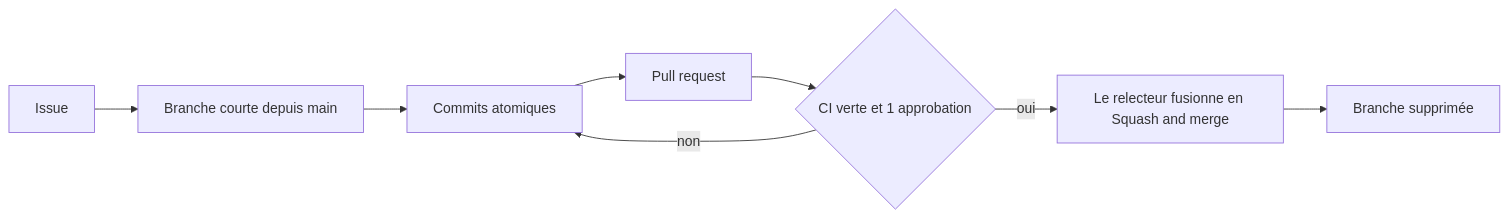
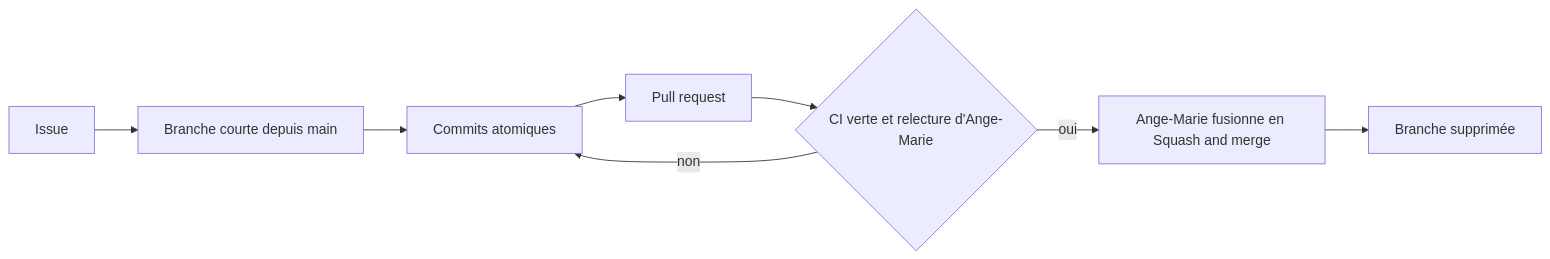
One commit to Charbel-B/BWAI_Hackathon changed the diagram in docs/conventions/git.md. Above: the diagram before and after it, drawn with Mermaid. The commit also changed other lines of this file and 1 other file, not shown here.

````diff
--- a/docs/conventions/git.md
+++ b/docs/conventions/git.md
@@ -7,10 +7,10 @@
 ```mermaid
 flowchart LR
     I[Issue] --> B[Branche courte depuis main]
     B --> C[Commits atomiques]
     C --> P[Pull request]
-    P --> V{CI verte et 1 approbation}
+    P --> V{CI verte et relecture d'Ange-Marie}
     V -- non --> C
-    V -- oui --> S[Le relecteur fusionne en Squash and merge]
+    V -- oui --> S[Ange-Marie fusionne en Squash and merge]
     S --> T[Branche supprimée]
 ```
````
